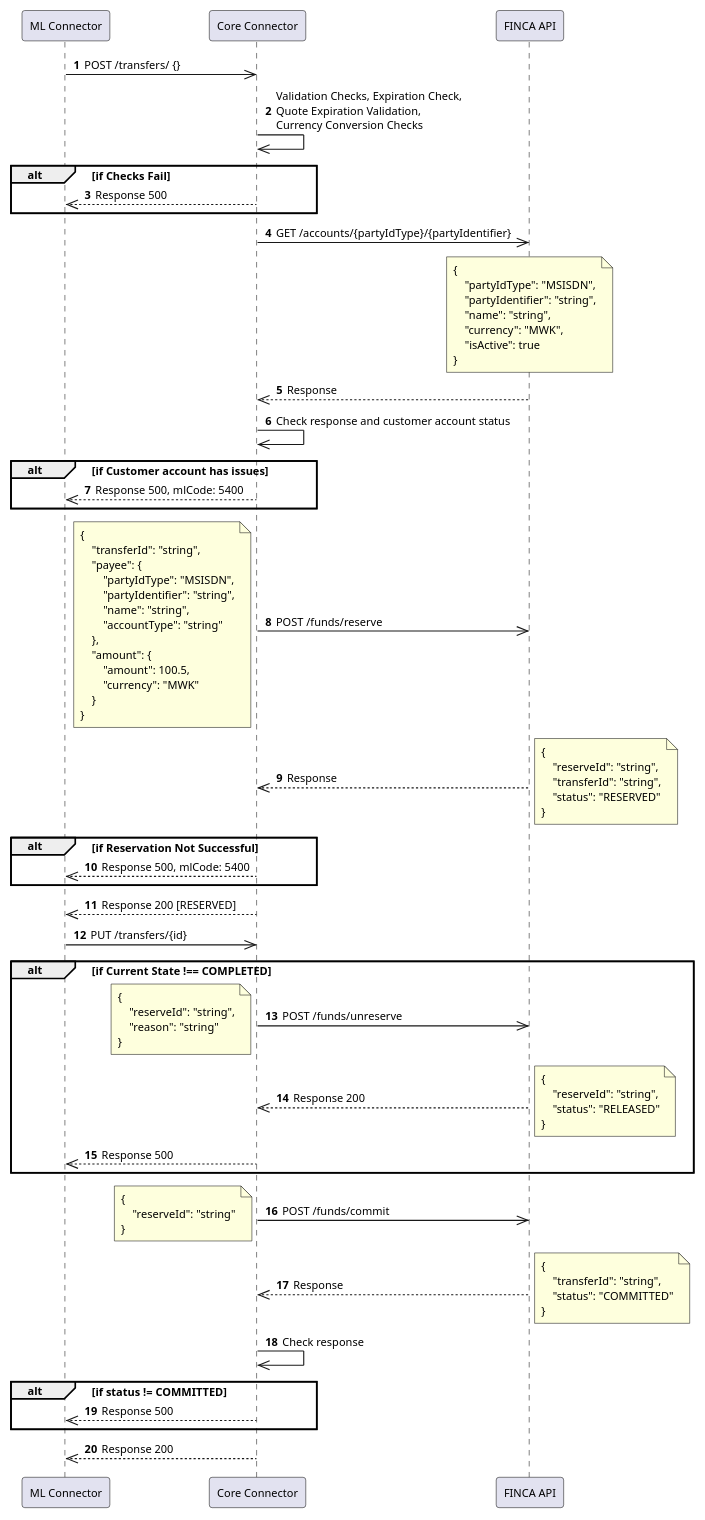
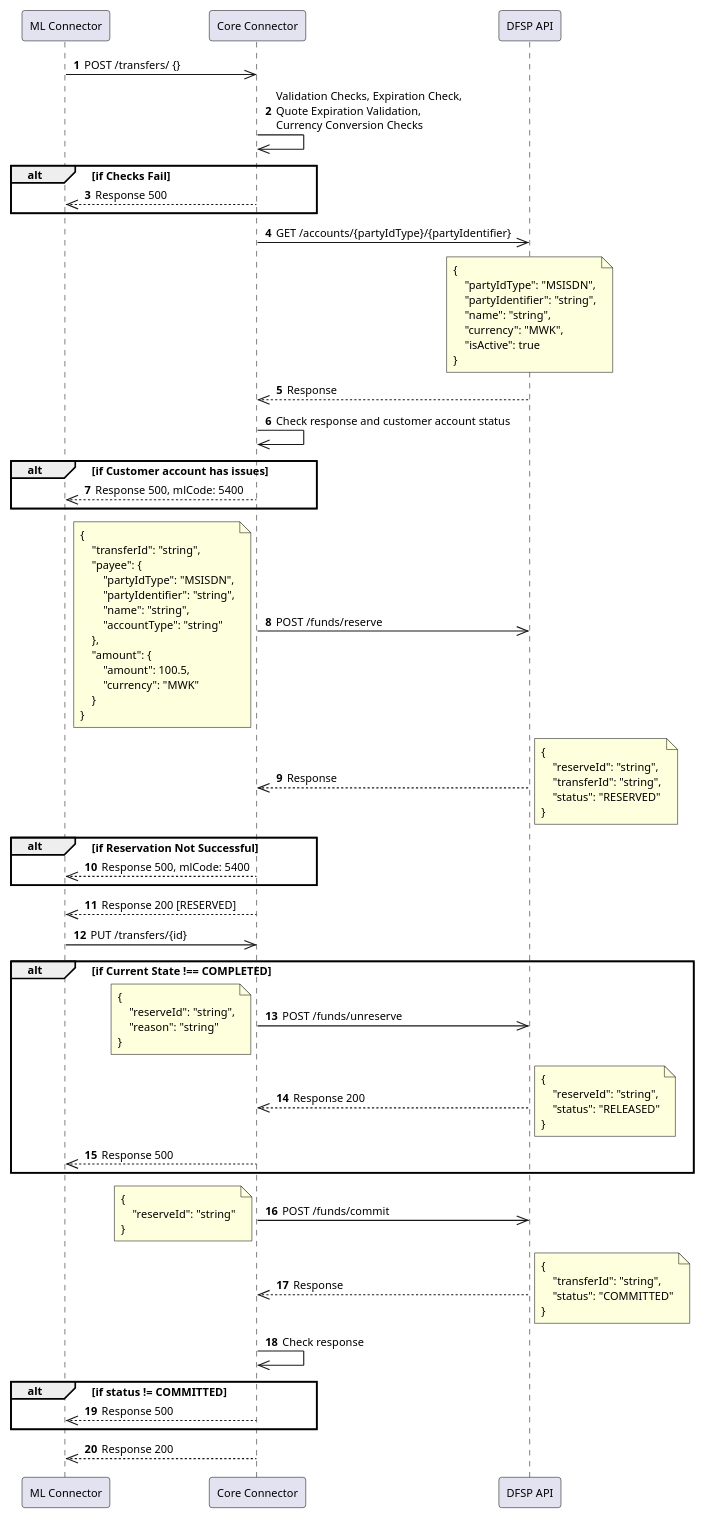
One commit to mojaloop/ml-reference-connectors changed the diagram in packages/core-connector-lib/docs/plantuml-docs/docs/payee/payee-receive-transfer.puml. Above: the diagram before and after it, drawn with PlantUML. The commit also changed 5 other files, not shown here.

```diff
--- a/packages/core-connector-lib/docs/plantuml-docs/docs/payee/payee-receive-transfer.puml
+++ b/packages/core-connector-lib/docs/plantuml-docs/docs/payee/payee-receive-transfer.puml
@@ -1,118 +1,118 @@
 @startuml name="ml-transfer-reservation-commit"
 
 skinparam defaultFontSize 10
 autonumber
 
 participant "ML Connector" as ML
 participant "Core Connector" as CC
-participant "FINCA API" as SBAPI
+participant "DFSP API" as SBAPI
 
 ML ->> CC: POST /transfers/ {}
 
 CC ->> CC: Validation Checks, Expiration Check,\nQuote Expiration Validation,\nCurrency Conversion Checks
 
 alt if Checks Fail
     CC -->> ML: Response 500
 end
 
 CC ->> SBAPI: GET /accounts/{partyIdType}/{partyIdentifier}
 
 note over SBAPI
 {
     "partyIdType": "MSISDN",
     "partyIdentifier": "string",
     "name": "string",
     "currency": "MWK",
     "isActive": true
 }
 end note
 SBAPI -->> CC: Response
 
 CC ->> CC: Check response and customer account status
 
 alt if Customer account has issues
     CC -->> ML: Response 500, mlCode: 5400
 end
 
 
 CC ->> SBAPI: POST /funds/reserve
 note left
 {
     "transferId": "string",
     "payee": {
         "partyIdType": "MSISDN",
         "partyIdentifier": "string",
         "name": "string",
         "accountType": "string"
     },
     "amount": {
         "amount": 100.5,
         "currency": "MWK"
     }
 }
 end note
 
 
 SBAPI -->> CC: Response
 note right
 {
     "reserveId": "string",
     "transferId": "string",
     "status": "RESERVED"
 }
 end note
 
 alt if Reservation Not Successful
     CC -->> ML: Response 500, mlCode: 5400
 end
 
 CC -->> ML: Response 200 [RESERVED]
 
 ML ->> CC: PUT /transfers/{id}
 
 
 alt if Current State !== COMPLETED
    
     CC ->> SBAPI: POST /funds/unreserve
     note left
     {
         "reserveId": "string",
         "reason": "string"
     }
     end note
 
     
     SBAPI -->> CC: Response 200
     note right
     {
         "reserveId": "string",
         "status": "RELEASED"
     }
     end note
     CC -->> ML: Response 500
 end
 
 
 CC ->> SBAPI: POST /funds/commit
 note left
 {
     "reserveId": "string"
 }
 end note
 
 SBAPI -->> CC: Response
 note right
 {
     "transferId": "string",
     "status": "COMMITTED"
 }
 end note
 
 CC ->> CC: Check response
 
 alt if status != COMMITTED
     CC -->> ML: Response 500
 end
 
 CC -->> ML: Response 200
 @enduml
```
